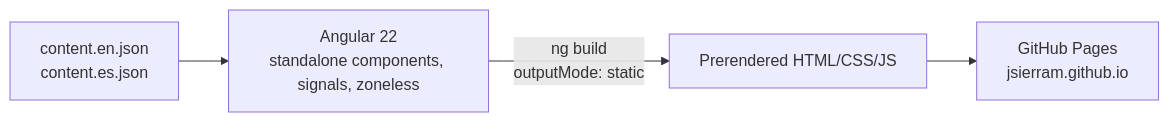
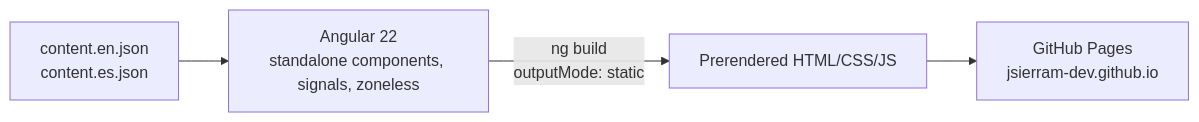
Before and after one commit to jsierram-dev/jsierram-dev.github.io: the first of 2 diagrams in README.md, drawn with Mermaid. The commit also changed other lines of this file and 4 other files, not shown here.

First line of the commit message:
🐛 Fix: dominio real jsierram-dev.github.io + rama del deploy a master

````diff
--- a/README.md
+++ b/README.md
@@ -35,6 +35,6 @@
 ```mermaid
 flowchart LR
     JSON["content.en.json<br/>content.es.json"] --> APP["Angular 22<br/>standalone components, signals, zoneless"]
     APP -->|"ng build<br/>outputMode: static"| STATIC["Prerendered HTML/CSS/JS"]
-    STATIC --> PAGES["GitHub Pages<br/>jsierram.github.io"]
+    STATIC --> PAGES["GitHub Pages<br/>jsierram-dev.github.io"]
 ```
````
